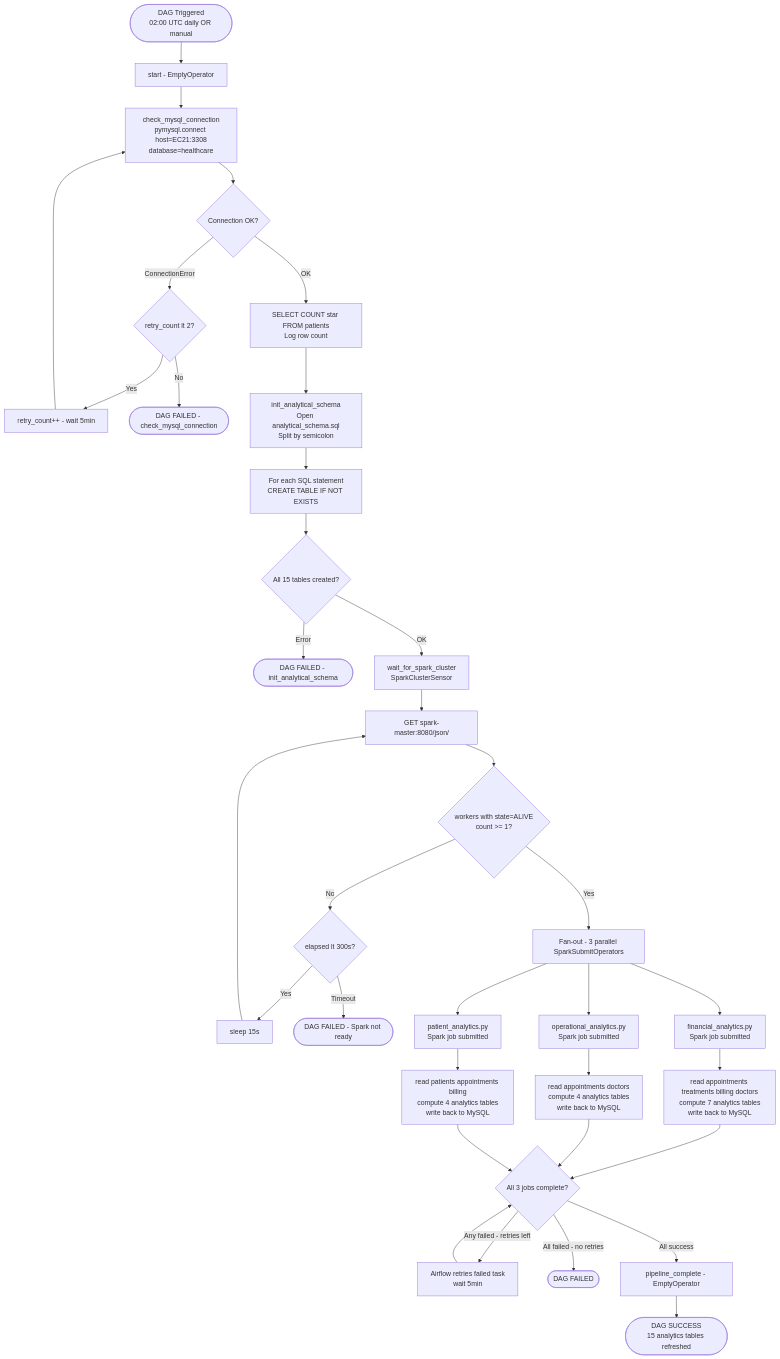
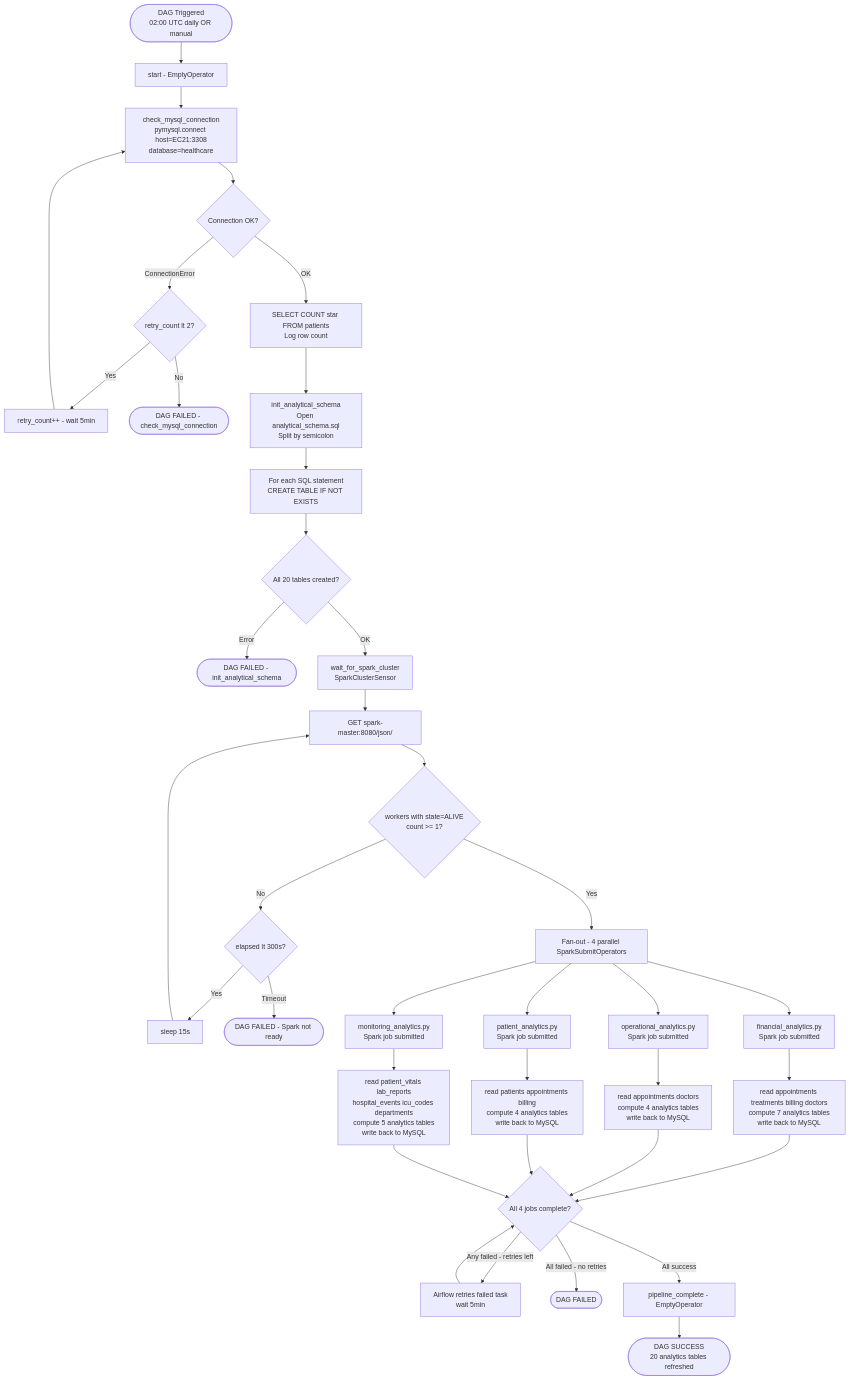
Before and after one commit to PampariNaresh/healthcare-data-platform: the eighth of 12 diagrams in PROJECT_DOCUMENTATION.md, drawn with Mermaid. The commit also changed other lines of this file and 1 other file, not shown here.

First line of the commit message:
Update PROJECT_DOCUMENTATION and ER_DIAGRAMS for full platform

````diff
--- a/PROJECT_DOCUMENTATION.md
+++ b/PROJECT_DOCUMENTATION.md
@@ -976,57 +1110,64 @@
 ```mermaid
 flowchart TD
     START([DAG Triggered
 02:00 UTC daily OR manual]) --> A[start - EmptyOperator]
     A --> B[check_mysql_connection
 pymysql.connect host=EC21:3308
 database=healthcare]
     B --> C{Connection OK?}
     C -->|ConnectionError| D{retry_count lt 2?}
     D -->|Yes| E[retry_count++ - wait 5min]
     E --> B
     D -->|No| FAIL([DAG FAILED - check_mysql_connection])
     C -->|OK| F[SELECT COUNT star FROM patients
 Log row count]
     F --> G[init_analytical_schema
 Open analytical_schema.sql
 Split by semicolon]
     G --> H[For each SQL statement
 CREATE TABLE IF NOT EXISTS]
-    H --> I{All 15 tables created?}
+    H --> I{All 20 tables created?}
     I -->|Error| FAIL2([DAG FAILED - init_analytical_schema])
     I -->|OK| J[wait_for_spark_cluster
 SparkClusterSensor]
     J --> K[GET spark-master:8080/json/]
     K --> L{workers with state=ALIVE
 count >= 1?}
     L -->|No| M{elapsed lt 300s?}
     M -->|Yes| N[sleep 15s]
     N --> K
     M -->|Timeout| FAIL3([DAG FAILED - Spark not ready])
-    L -->|Yes| O[Fan-out - 3 parallel SparkSubmitOperators]
+    L -->|Yes| O[Fan-out - 4 parallel SparkSubmitOperators]
     O --> P1[financial_analytics.py
 Spark job submitted]
     O --> P2[operational_analytics.py
 Spark job submitted]
     O --> P3[patient_analytics.py
+Spark job submitted]
+    O --> P4[monitoring_analytics.py
 Spark job submitted]
     P1 --> Q1[read appointments treatments billing doctors
 compute 7 analytics tables
 write back to MySQL]
     P2 --> Q2[read appointments doctors
 compute 4 analytics tables
 write back to MySQL]
     P3 --> Q3[read patients appointments billing
 compute 4 analytics tables
 write back to MySQL]
-    Q1 --> R{All 3 jobs complete?}
+    P4 --> Q4[read patient_vitals lab_reports
+hospital_events icu_codes departments
+compute 5 analytics tables
+write back to MySQL]
+    Q1 --> R{All 4 jobs complete?}
     Q2 --> R
     Q3 --> R
+    Q4 --> R
     R -->|Any failed - retries left| S[Airflow retries failed task
 wait 5min]
     S --> R
     R -->|All failed - no retries| FAIL4([DAG FAILED])
     R -->|All success| T[pipeline_complete - EmptyOperator]
     T --> DONE([DAG SUCCESS
-15 analytics tables refreshed])
+20 analytics tables refreshed])
 ```
````
